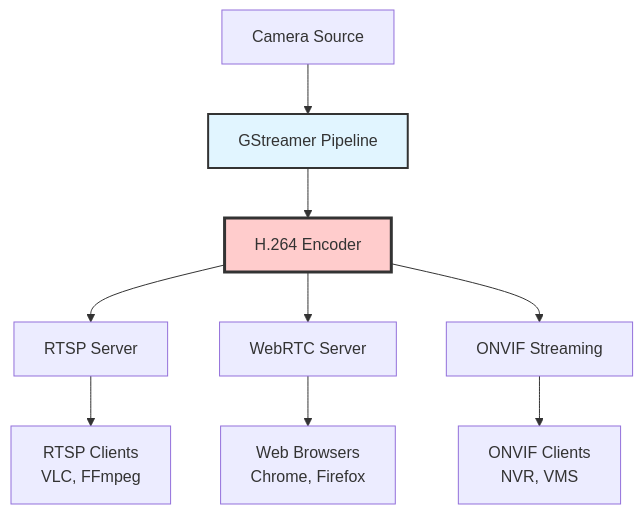
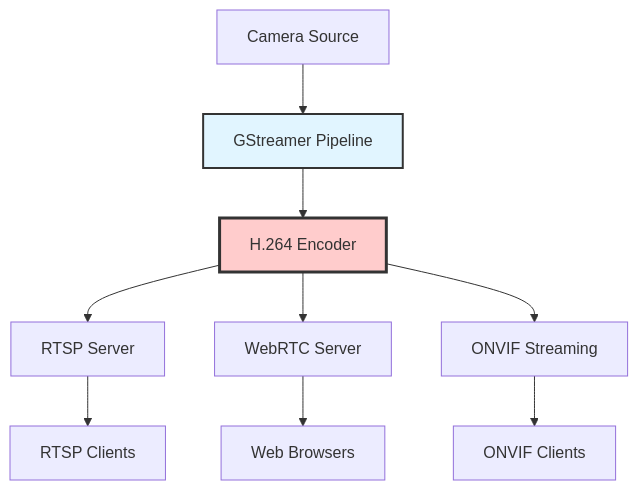
Before and after one commit to JayeshKakkad-Rotoclear/Rotoclear-C-Pro-Docs: the diagram in docs/camera/streaming.md, drawn with Mermaid. The commit also changed 16 other files, not shown here.

Commit message:
Fix Mermaid diagram text overflow issues - Simplified all node labels to prevent text cutoff - Removed line breaks from node text - Shortened labels while maintaining clarity - Fixed all diagrams to display properly on website

````diff
--- a/docs/camera/streaming.md
+++ b/docs/camera/streaming.md
@@ -9,16 +9,16 @@
 ```mermaid
 graph TB
     Cam[Camera Source] --> Pipeline[GStreamer Pipeline]
     Pipeline --> Encoder[H.264 Encoder]
     
     Encoder --> RTSP[RTSP Server]
     Encoder --> WebRTC[WebRTC Server]
     Encoder --> ONVIF[ONVIF Streaming]
     
-    RTSP --> Client1[RTSP Clients<br/>VLC, FFmpeg]
-    WebRTC --> Client2[Web Browsers<br/>Chrome, Firefox]
-    ONVIF --> Client3[ONVIF Clients<br/>NVR, VMS]
+    RTSP --> Client1[RTSP Clients]
+    WebRTC --> Client2[Web Browsers]
+    ONVIF --> Client3[ONVIF Clients]
     
     style Pipeline fill:#e1f5ff,stroke:#333,stroke-width:2px
     style Encoder fill:#ffcccc,stroke:#333,stroke-width:3px
 ```
````
